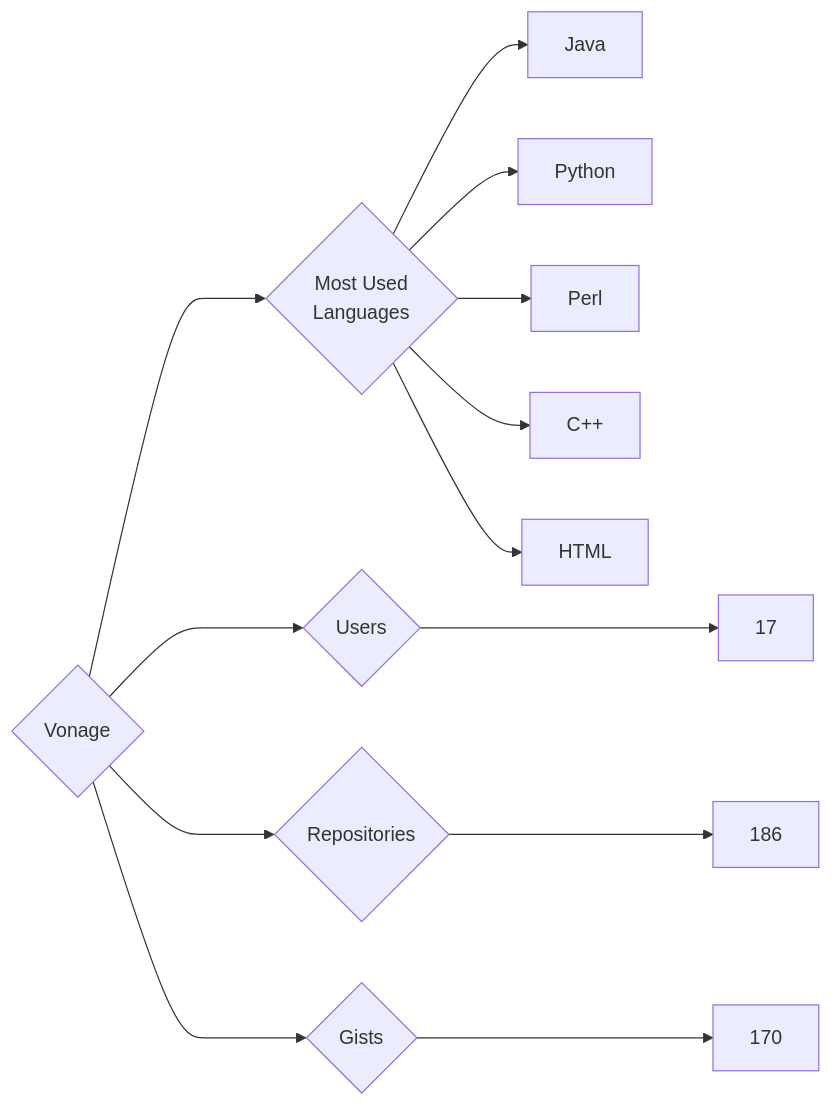
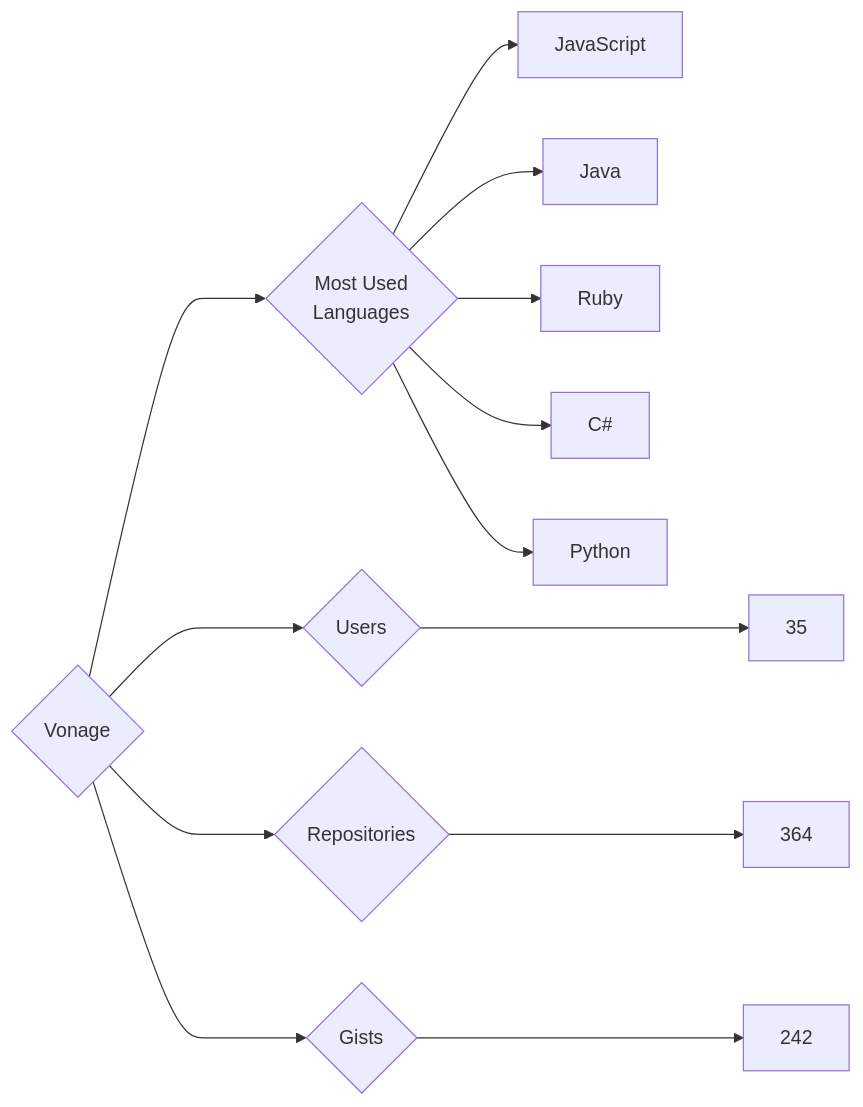
The diagram in targets/Vonage/README.md (trickest/insiders), drawn with Mermaid before and after one commit. The commit also changed 886 other files, not shown here.

````diff
--- a/targets/Vonage/README.md
+++ b/targets/Vonage/README.md
@@ -3,13 +3,13 @@
 ```mermaid
 graph LR
 COMPANY_NAME{Vonage}
-COMPANY_NAME ---> U{Users} ---> UN[17]
-COMPANY_NAME ---> R{Repositories} ---> RN[186]
-COMPANY_NAME ---> G{Gists} ---> GN[170]
+COMPANY_NAME ---> U{Users} ---> UN[35]
+COMPANY_NAME ---> R{Repositories} ---> RN[364]
+COMPANY_NAME ---> G{Gists} ---> GN[242]
 COMPANY_NAME ---> ML{Most Used<br>Languages}
+ML --> JavaScript[JavaScript]
 ML --> Java[Java]
+ML --> Ruby[Ruby]
+ML --> C#[C#]
 ML --> Python[Python]
-ML --> Perl[Perl]
-ML --> C++[C++]
-ML --> HTML[HTML]
 ```
````
